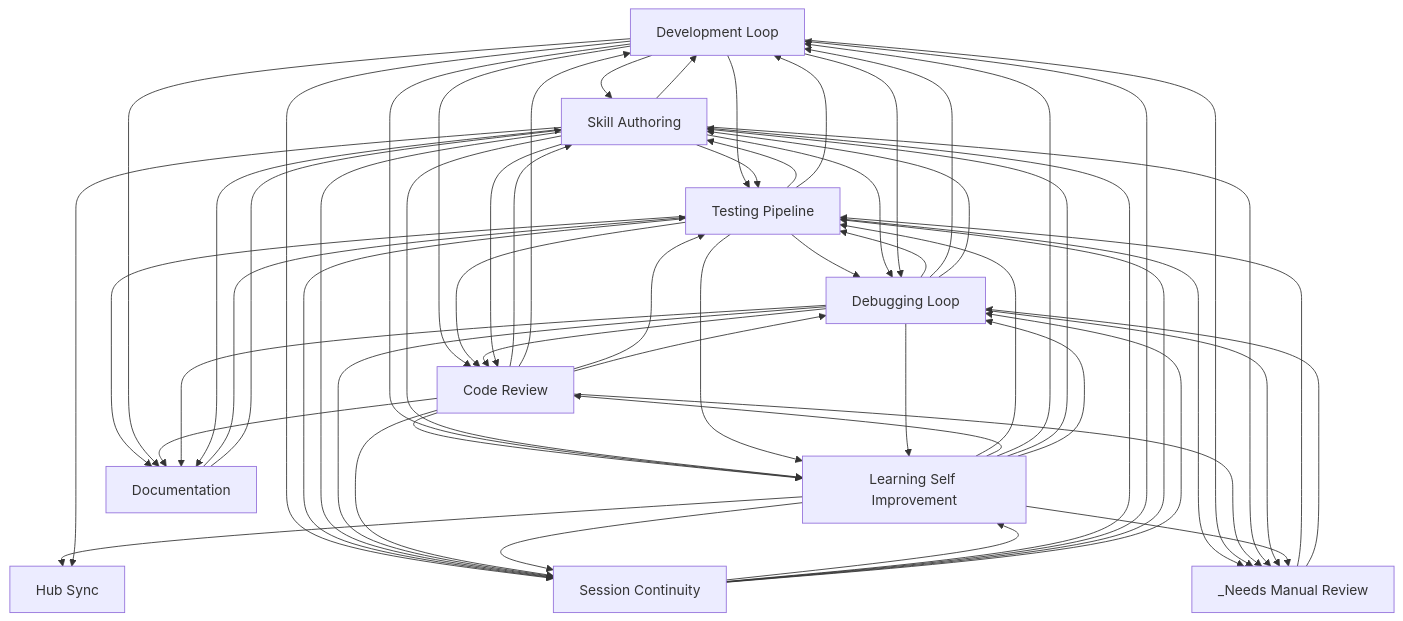
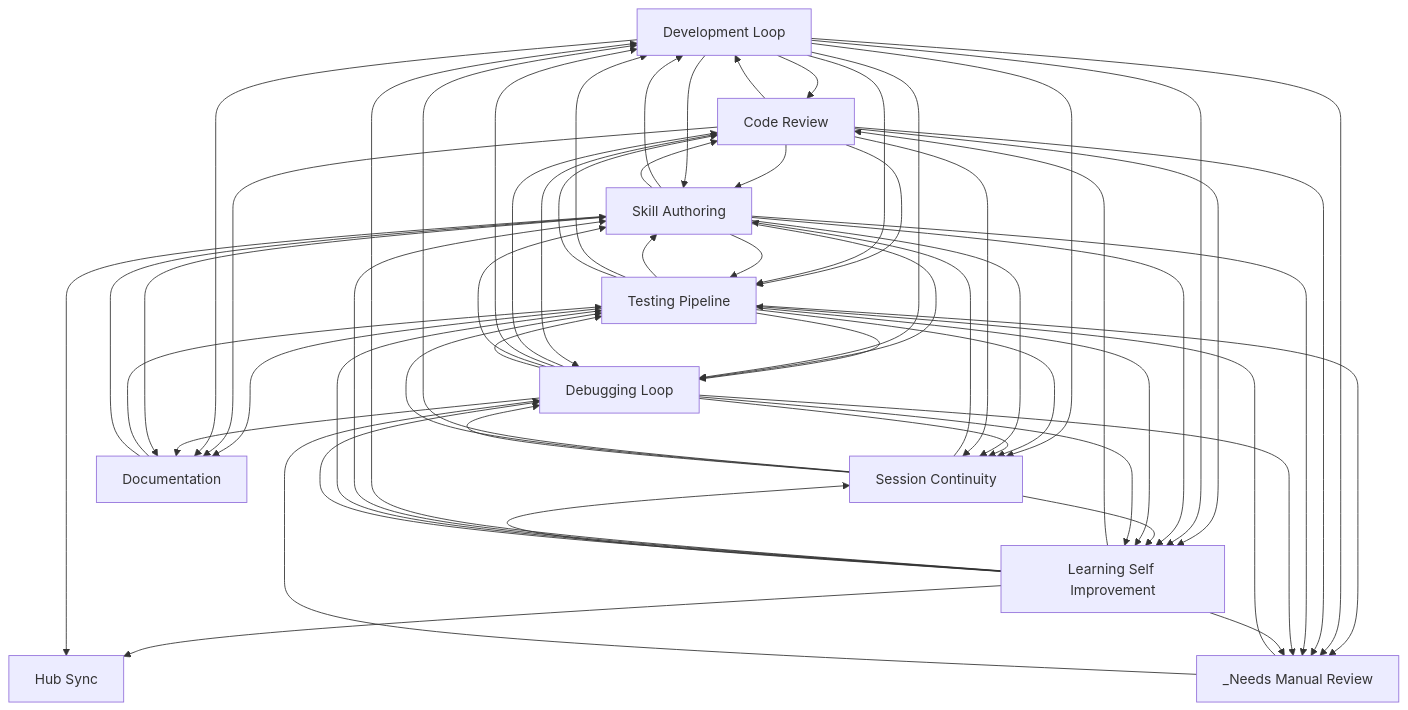
The diagram in docs/workflows/INDEX.md (abhayla/claude-best-practices), drawn with Mermaid before and after one commit. The commit also changed other lines of this file and 12 other files, not shown here.

````diff
--- a/docs/workflows/INDEX.md
+++ b/docs/workflows/INDEX.md
@@ -22,71 +22,71 @@
 ```mermaid
 graph TD
     development_loop[Development Loop]
     testing_pipeline[Testing Pipeline]
     debugging_loop[Debugging Loop]
     learning_self_improvement[Learning Self Improvement]
     session_continuity[Session Continuity]
     skill_authoring[Skill Authoring]
     code_review[Code Review]
     documentation[Documentation]
     hub_sync[Hub Sync]
     _needs_manual_review[_Needs Manual Review]
     documentation --> testing_pipeline
     documentation --> skill_authoring
     code_review --> skill_authoring
     code_review --> development_loop
+    development_loop --> code_review
     development_loop --> skill_authoring
-    development_loop --> code_review
+    code_review --> learning_self_improvement
     code_review --> testing_pipeline
-    code_review --> learning_self_improvement
+    development_loop --> learning_self_improvement
     development_loop --> testing_pipeline
-    development_loop --> learning_self_improvement
     testing_pipeline --> skill_authoring
     skill_authoring --> testing_pipeline
+    testing_pipeline --> debugging_loop
     testing_pipeline --> development_loop
-    testing_pipeline --> debugging_loop
+    skill_authoring --> debugging_loop
     skill_authoring --> development_loop
-    skill_authoring --> debugging_loop
     testing_pipeline --> code_review
-    debugging_loop --> testing_pipeline
     debugging_loop --> code_review
     debugging_loop --> development_loop
     debugging_loop --> skill_authoring
+    debugging_loop --> testing_pipeline
     development_loop --> debugging_loop
     skill_authoring --> code_review
     skill_authoring --> learning_self_improvement
     testing_pipeline --> _needs_manual_review
     development_loop --> _needs_manual_review
     testing_pipeline --> documentation
+    code_review --> documentation
     development_loop --> documentation
-    code_review --> documentation
+    session_continuity --> learning_self_improvement
     development_loop --> session_continuity
-    session_continuity --> learning_self_improvement
     _needs_manual_review --> testing_pipeline
     testing_pipeline --> session_continuity
+    debugging_loop --> session_continuity
     skill_authoring --> session_continuity
-    debugging_loop --> session_continuity
     _needs_manual_review --> debugging_loop
     testing_pipeline --> learning_self_improvement
     debugging_loop --> learning_self_improvement
-    learning_self_improvement --> testing_pipeline
     learning_self_improvement --> code_review
     learning_self_improvement --> development_loop
     learning_self_improvement --> skill_authoring
+    learning_self_improvement --> testing_pipeline
     learning_self_improvement --> debugging_loop
     code_review --> debugging_loop
     code_review --> _needs_manual_review
     skill_authoring --> _needs_manual_review
     debugging_loop --> _needs_manual_review
     code_review --> session_continuity
     learning_self_improvement --> session_continuity
     session_continuity --> skill_authoring
     debugging_loop --> documentation
     session_continuity --> development_loop
     session_continuity --> testing_pipeline
     session_continuity --> debugging_loop
     learning_self_improvement --> hub_sync
     skill_authoring --> hub_sync
     learning_self_improvement --> _needs_manual_review
     skill_authoring --> documentation
 ```
````
